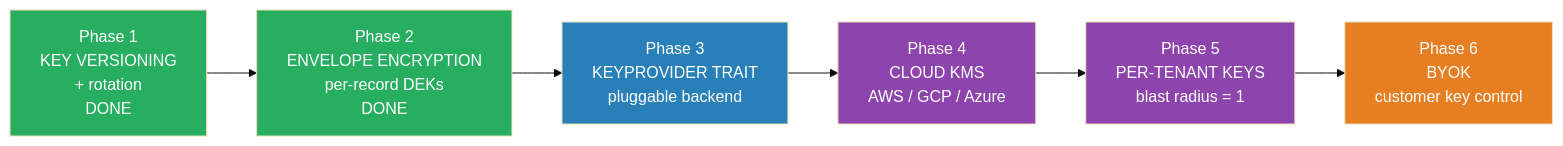
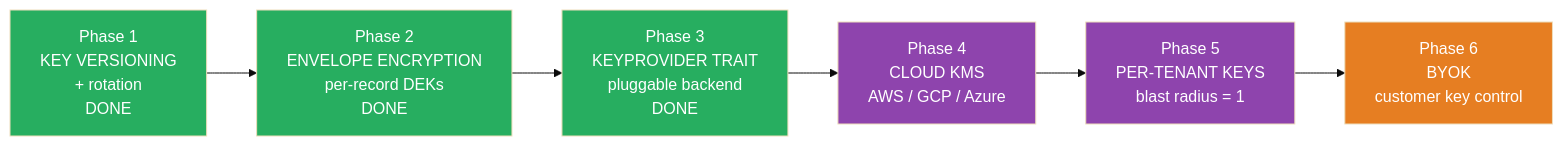
One commit to ChronoAIProject/NyxID changed the fourth of 30 diagrams in docs/ENCRYPTION_ARCHITECTURE.md. Above: the diagram before and after it, drawn with Mermaid (base theme). The commit also changed other lines of this file and 11 other files, not shown here.

First line of the commit message:
feat: add KeyProvider trait for pluggable encryption backends (Phase 3)

````diff
--- a/docs/ENCRYPTION_ARCHITECTURE.md
+++ b/docs/ENCRYPTION_ARCHITECTURE.md
@@ -173,18 +181,18 @@
 ```mermaid
 graph LR
     P1["Phase 1<br/>KEY VERSIONING<br/>+ rotation<br/>DONE"]
     P2["Phase 2<br/>ENVELOPE ENCRYPTION<br/>per-record DEKs<br/>DONE"]
-    P3["Phase 3<br/>KEYPROVIDER TRAIT<br/>pluggable backend"]
+    P3["Phase 3<br/>KEYPROVIDER TRAIT<br/>pluggable backend<br/>DONE"]
     P4["Phase 4<br/>CLOUD KMS<br/>AWS / GCP / Azure"]
     P5["Phase 5<br/>PER-TENANT KEYS<br/>blast radius = 1"]
     P6["Phase 6<br/>BYOK<br/>customer key control"]
 
     P1 --> P2 --> P3 --> P4 --> P5 --> P6
 
     style P1 fill:#27ae60,color:#fff
     style P2 fill:#27ae60,color:#fff
-    style P3 fill:#2980b9,color:#fff
+    style P3 fill:#27ae60,color:#fff
     style P4 fill:#8e44ad,color:#fff
     style P5 fill:#8e44ad,color:#fff
     style P6 fill:#e67e22,color:#fff
 ```
````
